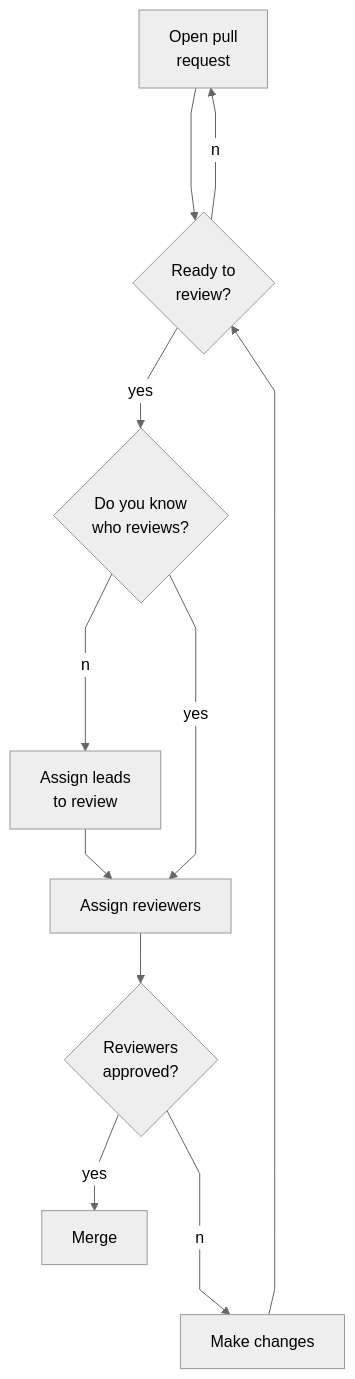
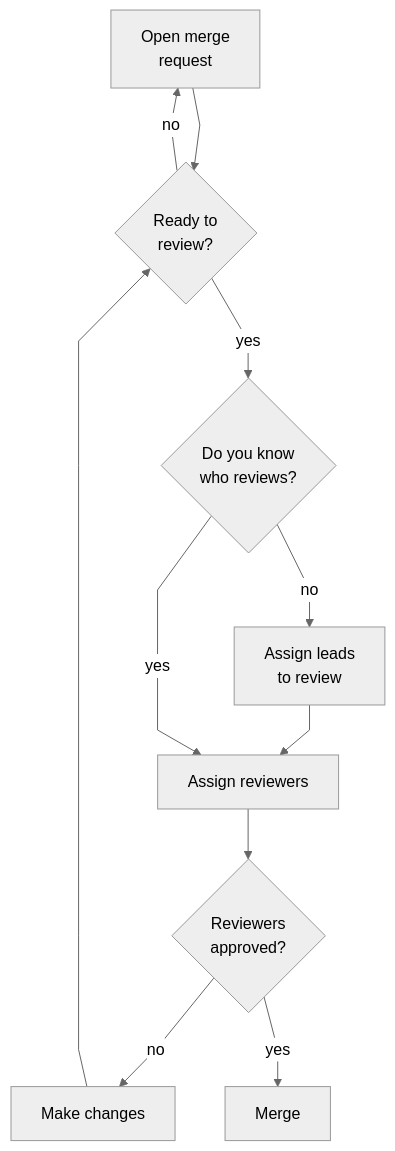
The diagram in docs/dev/review-standards.md (weather-gov/weather.gov), drawn with Mermaid (neutral theme) before and after one commit. The commit also changed other lines of this file and 44 other files, not shown here.

````diff
--- a/docs/dev/review-standards.md
+++ b/docs/dev/review-standards.md
@@ -84,13 +86,13 @@
 ```mermaid
 %%{ init: { "flowchart": { "curve": "linear" }}}%%
 graph TD;
-  A[Open pull<br>request]-->B{Ready to<br>review?};
-  B--no-->A
-  B--yes-->C{Do you know<br>who reviews?}
-  C--no-->D[Assign leads<br>to review]
+  A[Open merge<br>request]-->B{Ready to<br>review?};
+  B-->|no|A
+  B-->|yes|C{Do you know<br>who reviews?}
+  C-->|no|D[Assign leads<br>to review]
   D-->E[Assign reviewers]
-  C--yes-->E
+  C-->|yes|E
   E-->F{Reviewers<br>approved?}
-  F--no-->G[Make changes]-->B
-  F--yes-->H[Merge]
+  F-->|no|G[Make changes]-->B
+  F-->|yes|H[Merge]
 ```
````
